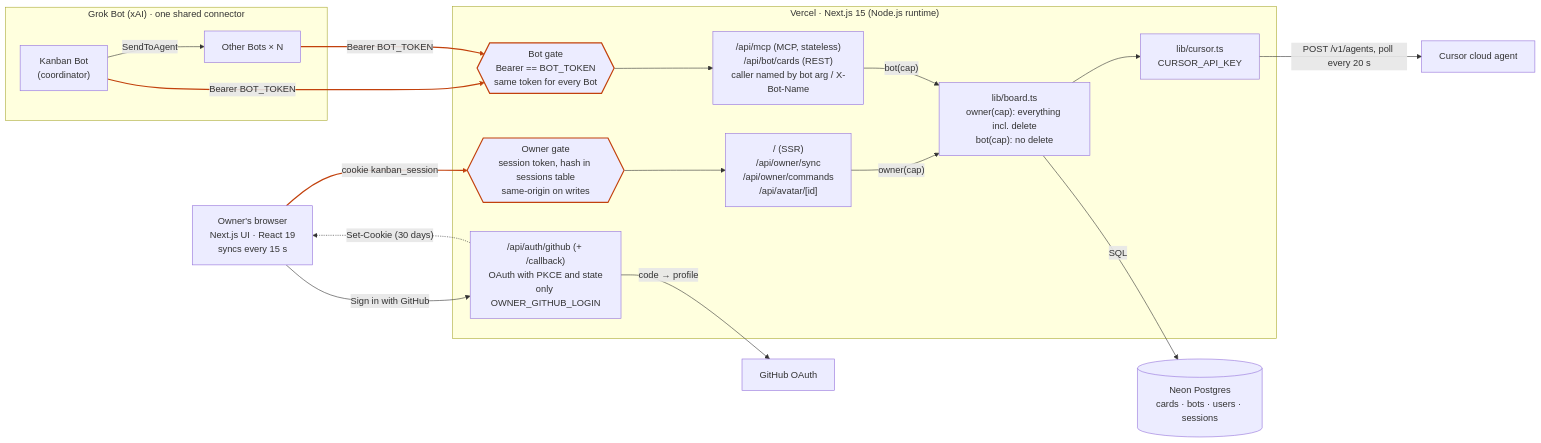
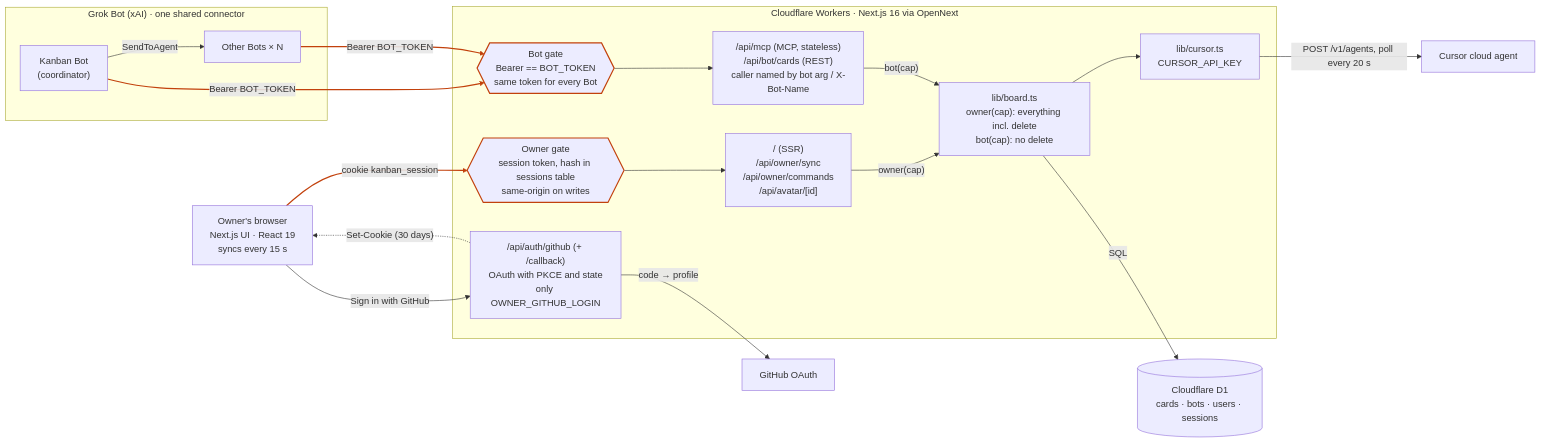
One commit to s-hiraoku/hab-kanban changed the first of 2 diagrams in docs/architecture.md. Above: the diagram before and after it, drawn with Mermaid. The commit also changed other lines of this file and 26 other files, not shown here.

First line of the commit message:
Move the board from Neon and Vercel to Cloudflare D1 and Workers

````diff
--- a/docs/architecture.md
+++ b/docs/architecture.md
@@ -7,38 +7,38 @@
 ```mermaid
 flowchart LR
     browser["Owner's browser<br/>Next.js UI · React 19<br/>syncs every 15 s"]
     subgraph grok["Grok Bot (xAI) · one shared connector"]
         kanbanBot["Kanban Bot<br/>(coordinator)"]
         otherBots["Other Bots × N"]
         kanbanBot -- SendToAgent --> otherBots
     end
 
-    subgraph vercel["Vercel · Next.js 15 (Node.js runtime)"]
+    subgraph cf["Cloudflare Workers · Next.js 16 via OpenNext"]
         login["/api/auth/github (+ /callback)<br/>OAuth with PKCE and state<br/>only OWNER_GITHUB_LOGIN"]
         ownerGate{{"Owner gate<br/>session token, hash in sessions table<br/>same-origin on writes"}}
         ownerRoutes["/ (SSR)<br/>/api/owner/sync<br/>/api/owner/commands<br/>/api/avatar/[id]"]
         botGate{{"Bot gate<br/>Bearer == BOT_TOKEN<br/>same token for every Bot"}}
         botRoutes["/api/mcp (MCP, stateless)<br/>/api/bot/cards (REST)<br/>caller named by bot arg / X-Bot-Name"]
         board["lib/board.ts<br/>owner(cap): everything incl. delete<br/>bot(cap): no delete"]
         cursorClient["lib/cursor.ts<br/>CURSOR_API_KEY"]
     end
 
-    neon[("Neon Postgres<br/>cards · bots · users · sessions")]
+    d1[("Cloudflare D1<br/>cards · bots · users · sessions")]
     github["GitHub OAuth"]
     cursorAgent["Cursor cloud agent"]
 
     browser -- "Sign in with GitHub" --> login
     login -. "Set-Cookie (30 days)" .-> browser
     browser == "cookie kanban_session" ==> ownerGate
     ownerGate --> ownerRoutes -- "owner(cap)" --> board
     kanbanBot == "Bearer BOT_TOKEN" ==> botGate
     otherBots == "Bearer BOT_TOKEN" ==> botGate
     botGate --> botRoutes -- "bot(cap)" --> board
-    board -- SQL --> neon
+    board -- SQL --> d1
     board --> cursorClient -- "POST /v1/agents, poll every 20 s" --> cursorAgent
     login -- "code → profile" --> github
 
     classDef gate stroke:#c2410c,stroke-width:2px
     class ownerGate,botGate gate
     linkStyle 3,6,7 stroke:#c2410c,stroke-width:2px
 ```
````
